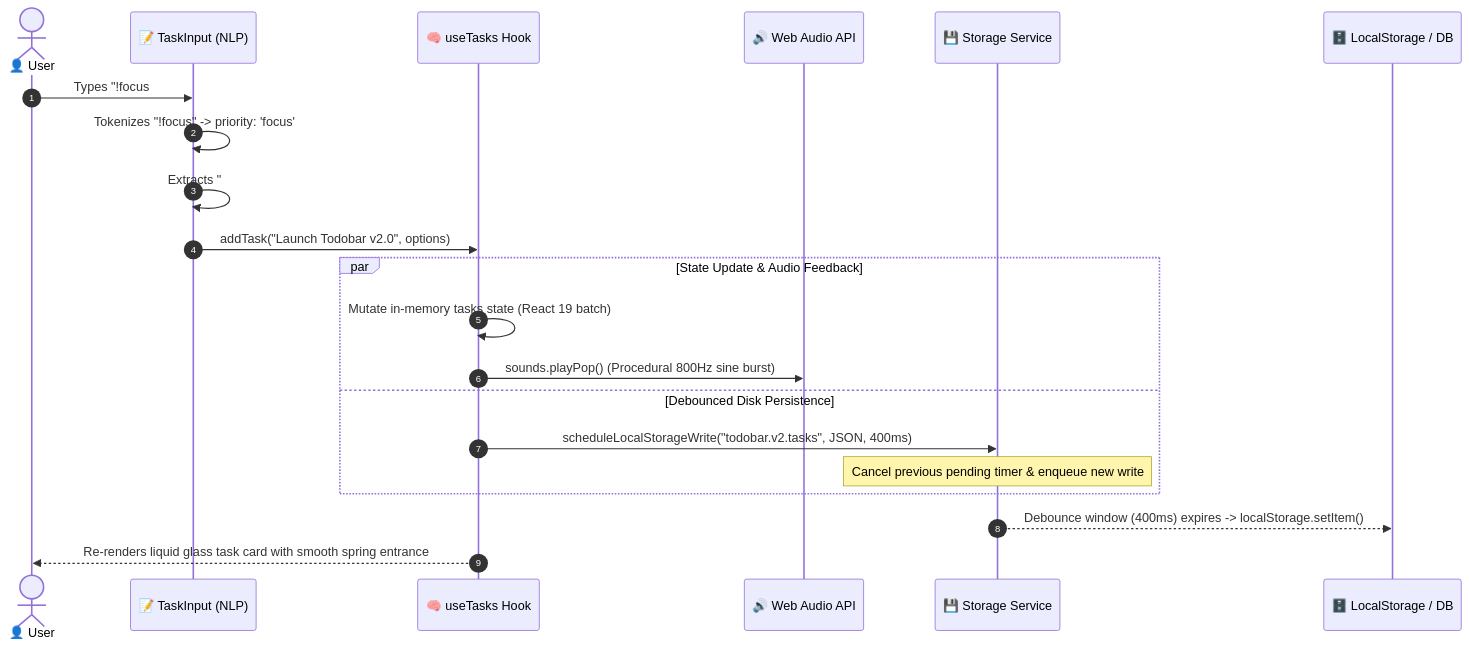
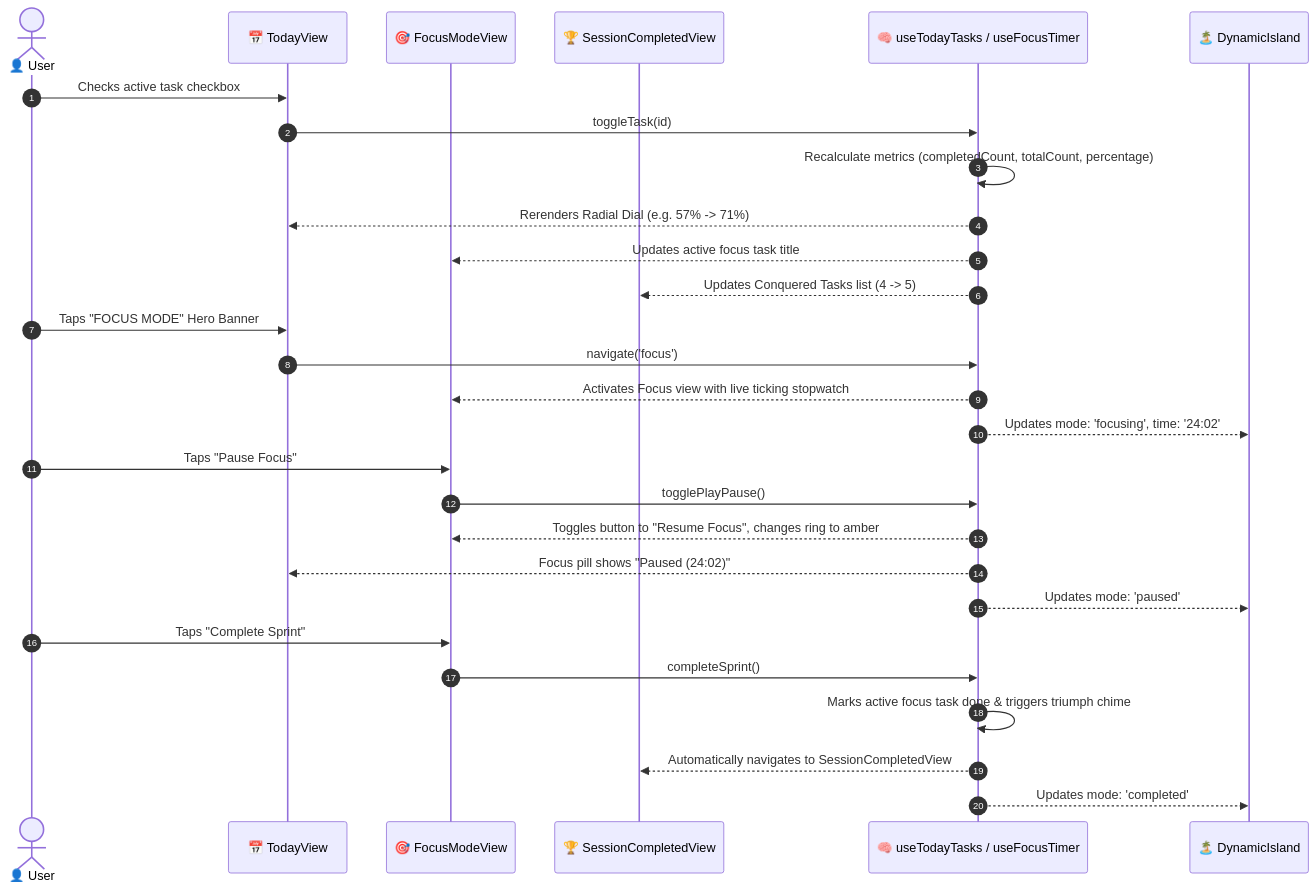
Before and after one commit to roshan-pixel/TODOBAR----DSKTOP----NPM: the second of 4 diagrams in ARCHITECTURE.md, drawn with Mermaid. The commit also changed other lines of this file and 2 other files, not shown here.

Commit message:
docs: comprehensive architecture and product documentation with Google Cloud STT, state synchronization, and Mermaid diagrams

````diff
--- a/ARCHITECTURE.md
+++ b/ARCHITECTURE.md
@@ -97,26 +141,34 @@
 ```mermaid
 sequenceDiagram
     autonumber
     actor User as 👤 User
-    participant Input as 📝 TaskInput (NLP)
-    participant Hook as 🧠 useTasks Hook
-    participant Audio as 🔊 Web Audio API
-    participant Storage as 💾 Storage Service
-    participant Disk as 🗄️ LocalStorage / DB
+    participant Today as 📅 TodayView
+    participant Focus as 🎯 FocusModeView
+    participant Done as 🏆 SessionCompletedView
+    participant State as 🧠 useTodayTasks / useFocusTimer
+    participant Island as 🏝️ DynamicIsland
 
-    User->>Input: Types "!focus #engineering Launch Todobar v2.0" + [Enter]
-    Input->>Input: Tokenizes "!focus" -> priority: 'focus'
-    Input->>Input: Extracts "#engineering" -> tags: ['engineering']
-    Input->>Hook: addTask("Launch Todobar v2.0", options)
-    
-    par State Update & Audio Feedback
-        Hook->>Hook: Mutate in-memory tasks state (React 19 batch)
-        Hook->>Audio: sounds.playPop() (Procedural 800Hz sine burst)
-    and Debounced Disk Persistence
-        Hook->>Storage: scheduleLocalStorageWrite("todobar.v2.tasks", JSON, 400ms)
-        Note over Storage: Cancel previous pending timer & enqueue new write
-    end
+    User->>Today: Checks active task checkbox
+    Today->>State: toggleTask(id)
+    State->>State: Recalculate metrics (completedCount, totalCount, percentage)
+    State-->>Today: Rerenders Radial Dial (e.g. 57% -> 71%)
+    State-->>Focus: Updates active focus task title
+    State-->>Done: Updates Conquered Tasks list (4 -> 5)
 
-    Storage-->>Disk: Debounce window (400ms) expires -> localStorage.setItem()
-    Hook-->>User: Re-renders liquid glass task card with smooth spring entrance
+    User->>Today: Taps "FOCUS MODE" Hero Banner
+    Today->>State: navigate('focus')
+    State-->>Focus: Activates Focus view with live ticking stopwatch
+    State-->>Island: Updates mode: 'focusing', time: '24:02'
+
+    User->>Focus: Taps "Pause Focus"
+    Focus->>State: togglePlayPause()
+    State-->>Focus: Toggles button to "Resume Focus", changes ring to amber
+    State-->>Today: Focus pill shows "Paused (24:02)"
+    State-->>Island: Updates mode: 'paused'
+
+    User->>Focus: Taps "Complete Sprint"
+    Focus->>State: completeSprint()
+    State->>State: Marks active focus task done & triggers triumph chime
+    State-->>Done: Automatically navigates to SessionCompletedView
+    State-->>Island: Updates mode: 'completed'
 ```
````
